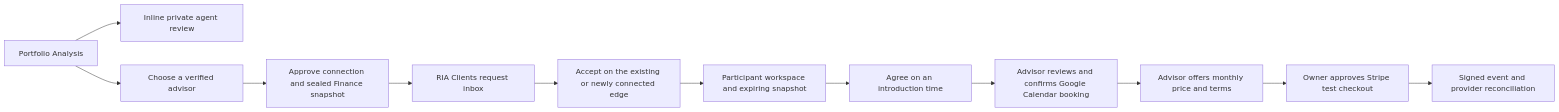
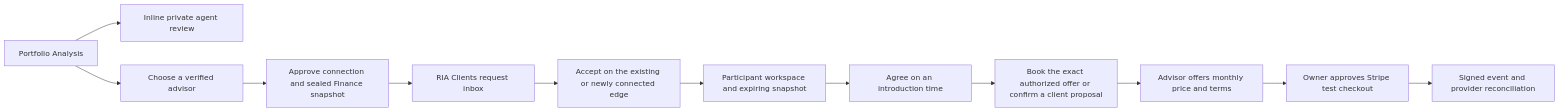
One commit to hushh-labs/hushh-research changed the diagram in docs/reference/kai/advisor-handshake.md. Above: the diagram before and after it, drawn with Mermaid. The commit also changed other lines of this file and 14 other files, not shown here.

Commit message:
Confirm exact advisor bookings and keep follow-up meeting history

````diff
--- a/docs/reference/kai/advisor-handshake.md
+++ b/docs/reference/kai/advisor-handshake.md
@@ -5,14 +5,14 @@
 ```mermaid
 flowchart LR
   Analysis[Portfolio Analysis] --> Agent[Inline private agent review]
   Analysis --> Choose[Choose a verified advisor]
   Choose --> Approve[Approve connection and sealed Finance snapshot]
   Approve --> Pending[RIA Clients request inbox]
   Pending --> Accept[Accept on the existing or newly connected edge]
   Accept --> Workspace[Participant workspace and expiring snapshot]
   Workspace --> Agree[Agree on an introduction time]
-  Agree --> Calendar[Advisor reviews and confirms Google Calendar booking]
+  Agree --> Calendar[Book the exact authorized offer or confirm a client proposal]
   Calendar --> Plan[Advisor offers monthly price and terms]
   Plan --> Checkout[Owner approves Stripe test checkout]
   Checkout --> Readback[Signed event and provider reconciliation]
 ```
````
